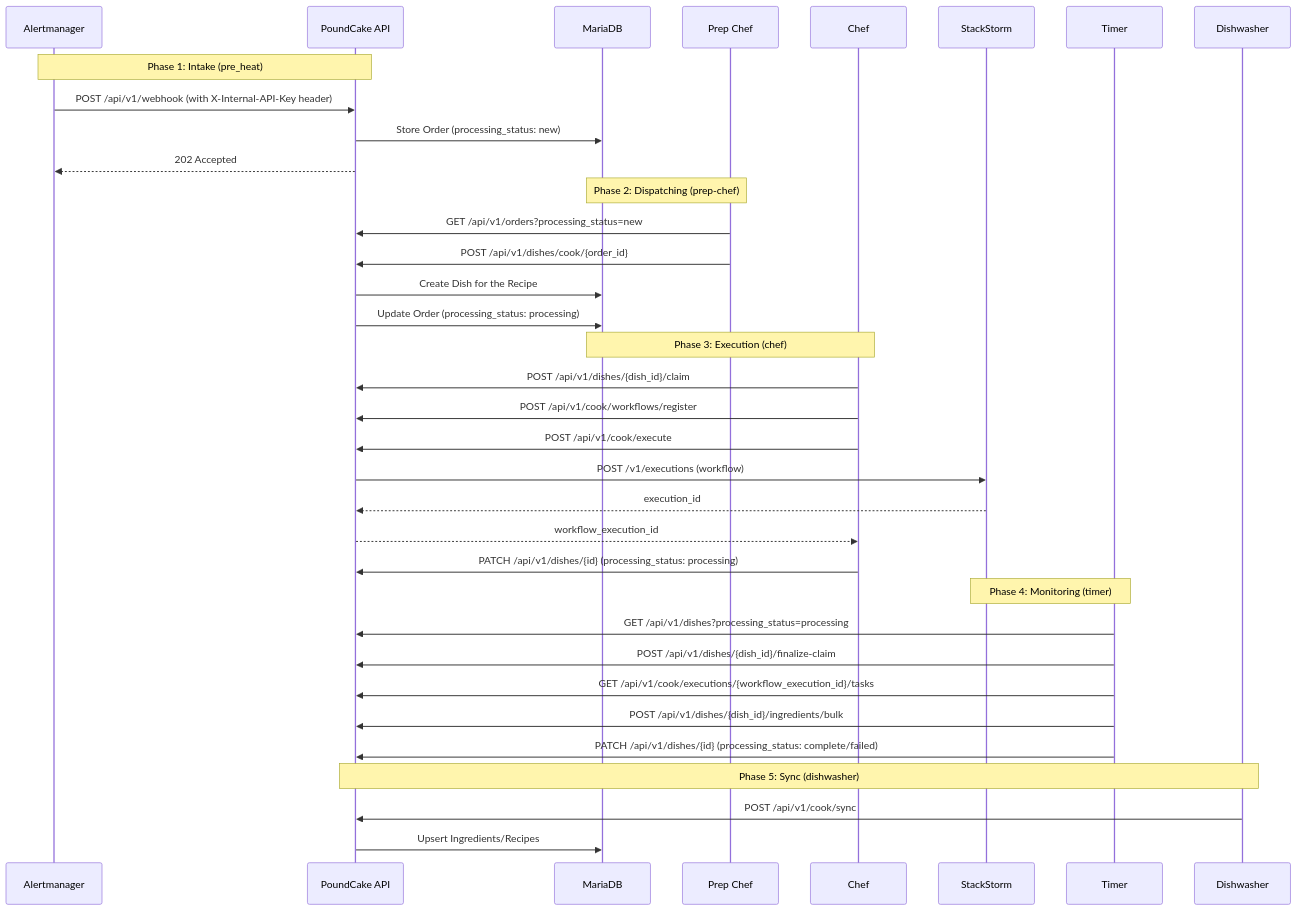
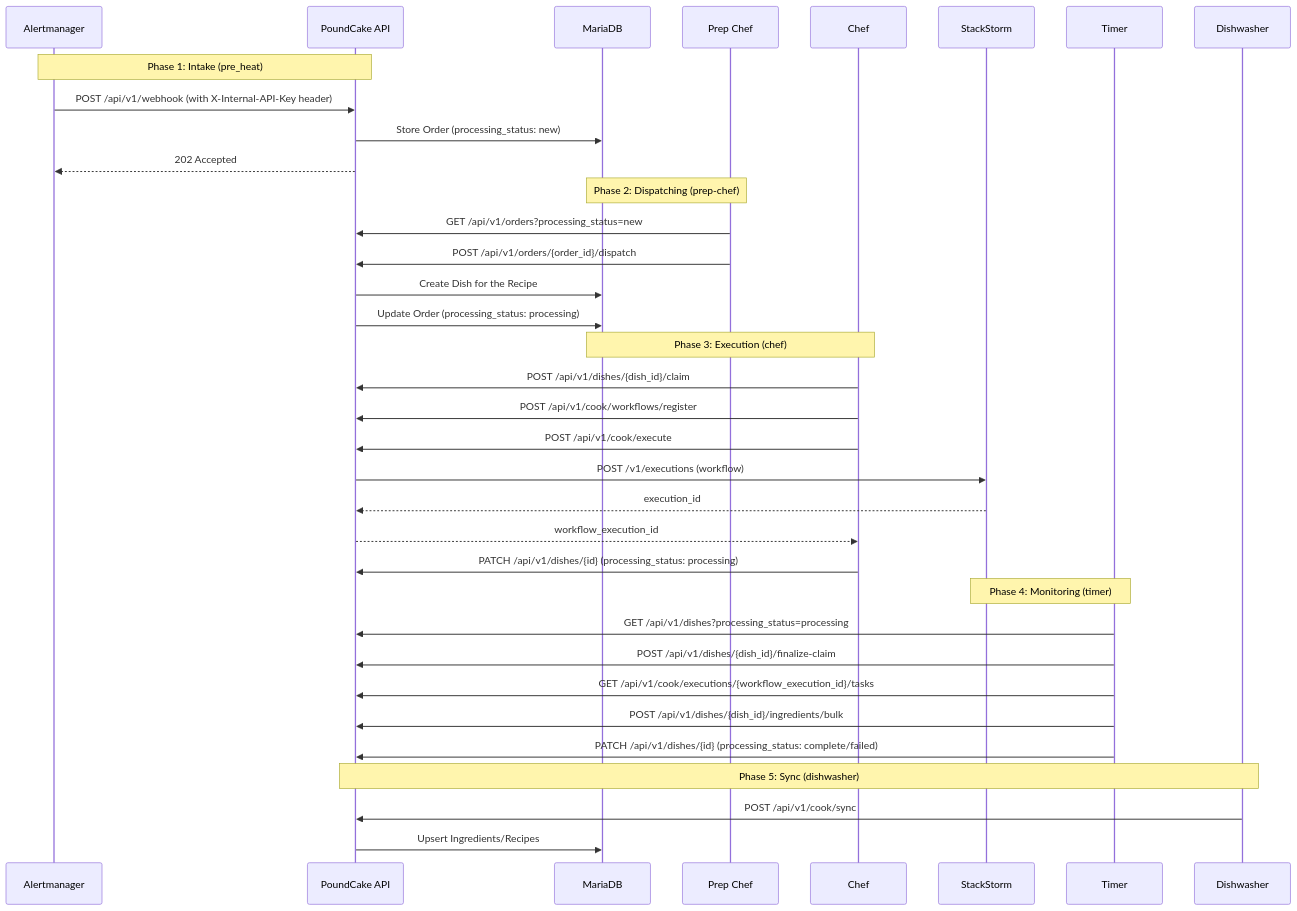
Before and after one commit to rackerlabs/poundcake: the first of 7 diagrams in README.md, drawn with Mermaid. The commit also changed other lines of this file and 30 other files, not shown here.

````diff
--- a/README.md
+++ b/README.md
@@ -11,42 +11,42 @@
 ```mermaid
 sequenceDiagram
     participant AM as Alertmanager
     participant API as PoundCake API
     participant DB as MariaDB
     participant PC as Prep Chef
     participant C as Chef
     participant ST2 as StackStorm
     participant T as Timer
     participant DW as Dishwasher
 
     Note over AM, API: Phase 1: Intake (pre_heat)
     AM->>API: POST /api/v1/webhook (with X-Internal-API-Key header)
     API->>DB: Store Order (processing_status: new)
     API-->>AM: 202 Accepted
 
     Note over DB, PC: Phase 2: Dispatching (prep-chef)
     PC->>API: GET /api/v1/orders?processing_status=new
-    PC->>API: POST /api/v1/dishes/cook/{order_id}
+    PC->>API: POST /api/v1/orders/{order_id}/dispatch
     API->>DB: Create Dish for the Recipe
     API->>DB: Update Order (processing_status: processing)
 
     Note over DB, C: Phase 3: Execution (chef)
     C->>API: POST /api/v1/dishes/{dish_id}/claim
     C->>API: POST /api/v1/cook/workflows/register
     C->>API: POST /api/v1/cook/execute
     API->>ST2: POST /v1/executions (workflow)
     ST2-->>API: execution_id
     API-->>C: workflow_execution_id
     C->>API: PATCH /api/v1/dishes/{id} (processing_status: processing)
 
     Note over ST2, T: Phase 4: Monitoring (timer)
     T->>API: GET /api/v1/dishes?processing_status=processing
     T->>API: POST /api/v1/dishes/{dish_id}/finalize-claim
     T->>API: GET /api/v1/cook/executions/{workflow_execution_id}/tasks
     T->>API: POST /api/v1/dishes/{dish_id}/ingredients/bulk
     T->>API: PATCH /api/v1/dishes/{id} (processing_status: complete/failed)
 
     Note over API, DW: Phase 5: Sync (dishwasher)
     DW->>API: POST /api/v1/cook/sync
     API->>DB: Upsert Ingredients/Recipes
 ```
````
